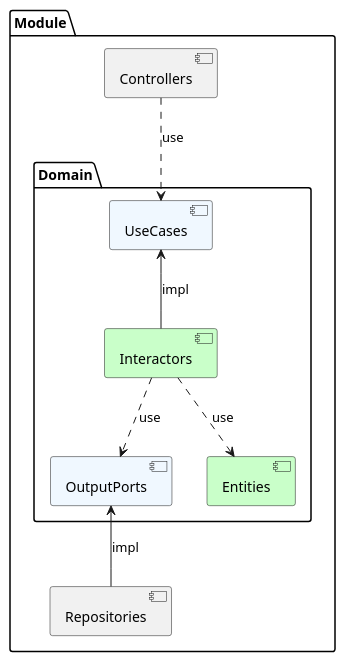
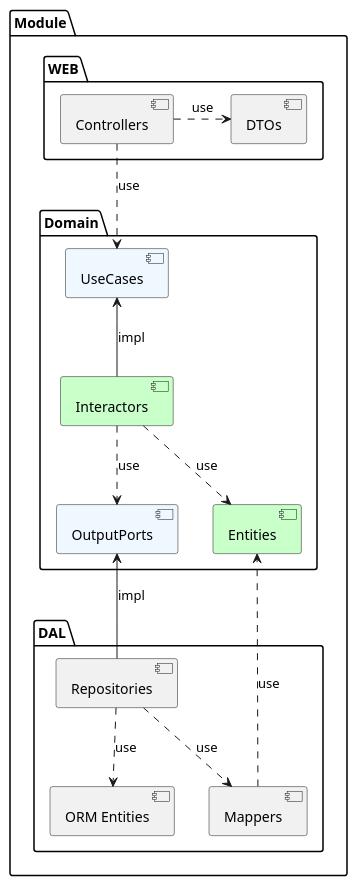
Before and after one commit to zhuravlevma/typescript-ddd-architecture: the diagram in diagram.iuml, drawn with PlantUML.

Commit message:
docs: fix diagram

```diff
--- a/diagram.iuml
+++ b/diagram.iuml
@@ -1,24 +1,31 @@
 @startuml
 
 package "Module" {
 
 
 package "Domain" {
  component [UseCases] #AliceBlue
  component [Entities] #TECHNOLOGY
  component [OutputPorts] #AliceBlue
  component [Interactors] #TECHNOLOGY
 
  [Interactors] -up-> [UseCases] : impl
  [Interactors] .down.> [Entities] : use
  [Interactors] .down.> [OutputPorts] : use
 }
 
+package "WEB" {
+
 [Controllers] ..> [UseCases] : use
-
-[Repositories] -up-> [OutputPorts] : impl
-
+[Controllers] .right.> [DTOs] : use
 }
 
+package "DAL" {
+[Repositories] -up-> [OutputPorts] : impl
+[Repositories] .down.> [ORM Entities] : use
+[Repositories] .down.> [Mappers] : use
+[Mappers] ..> Entities : use
+}
+}
 
 @enduml
```
